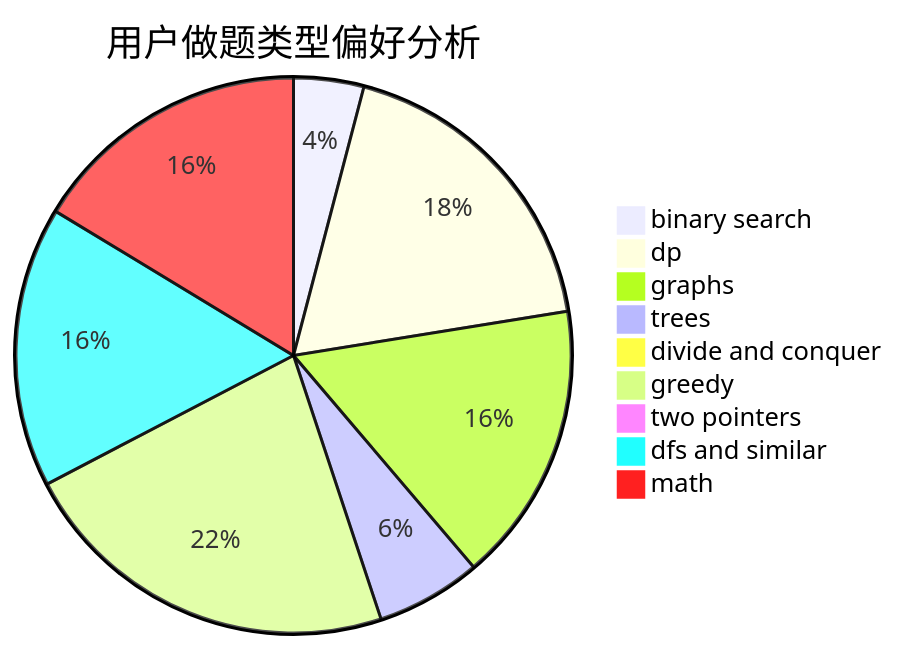
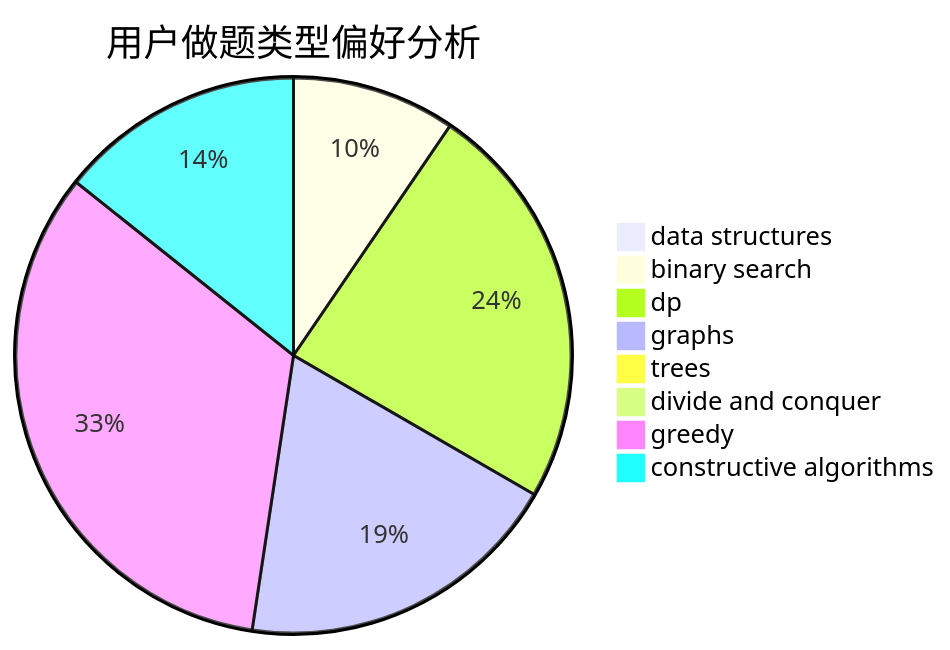
Before and after one commit to sherpahu/cfrs.github.io: the second of 3 diagrams in docs/user/u1060.md, drawn with Mermaid. The commit also changed other lines of this file and 2775 other files, not shown here.

````diff
--- a/docs/user/u1060.md
+++ b/docs/user/u1060.md
@@ -23,12 +23,11 @@
 ```mermaid
 pie title 用户做题类型偏好分析
+    "data structures" :  0
     "binary search" :  2
-    "dp" :  9
-    "graphs" :  8
-    "trees" :  3
+    "dp" :  5
+    "graphs" :  4
+    "trees" :  0
     "divide and conquer" :  0
-    "greedy" :  11
-    "two pointers" :  0
-    "dfs and similar" :  8
-    "math" :  8
+    "greedy" :  7
+    "constructive algorithms" :  3
 ```
````
